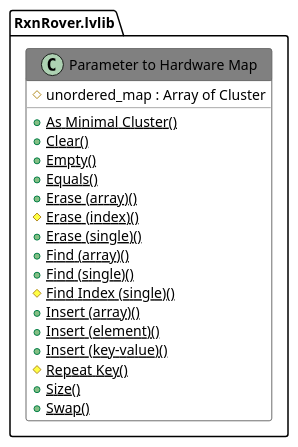
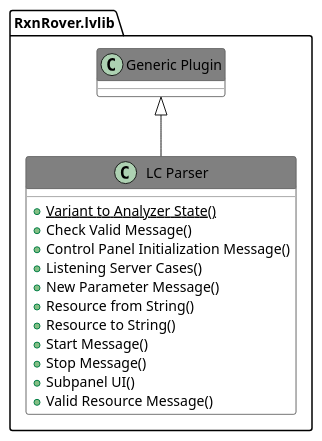
The diagram in docs/source/_static/api/Includes/017.adoc (RxnRover/RxnRover), drawn with PlantUML before and after one commit. The commit also changed other lines of this file and 18 other files, not shown here.

```diff
--- a/docs/source/_static/api/Includes/017.adoc
+++ b/docs/source/_static/api/Includes/017.adoc
@@ -10,35 +10,30 @@
 [plantuml, format="svg", align="center"]
 ....
 @startuml
 set namespaceSeparator :
 skinparam ClassBackgroundColor #FFFFFF
 skinparam ClassBorderColor #555555
 skinparam ClassFontColor #000000
 skinparam ClassHeaderBackgroundColor #808080
 
 skinparam top to bottom direction
-class "RxnRover.lvlib:Parameter to Hardware Map" {
-{field} #unordered_map : Array of Cluster
-{static} {method} +As Minimal Cluster()
-{static} {method} +Clear()
-{static} {method} +Empty()
-{static} {method} +Equals()
-{static} {method} +Erase (array)()
-{static} {method} #Erase (index)()
-{static} {method} +Erase (single)()
-{static} {method} +Find (array)()
-{static} {method} +Find (single)()
-{static} {method} #Find Index (single)()
-{static} {method} +Insert (array)()
-{static} {method} +Insert (element)()
-{static} {method} +Insert (key-value)()
-{static} {method} #Repeat Key()
-{static} {method} +Size()
-{static} {method} +Swap()
+class "RxnRover.lvlib:LC Parser" {
+{static} {method} +Variant to Analyzer State()
+{method} +Check Valid Message()
+{method} +Control Panel Initialization Message()
+{method} +Listening Server Cases()
+{method} +New Parameter Message()
+{method} +Resource from String()
+{method} +Resource to String()
+{method} +Start Message()
+{method} +Stop Message()
+{method} +Subpanel UI()
+{method} +Valid Resource Message()
 
 }
+"RxnRover.lvlib:Generic Plugin" <|-- "RxnRover.lvlib:LC Parser"
 
 
 
 @enduml
 ....
```
